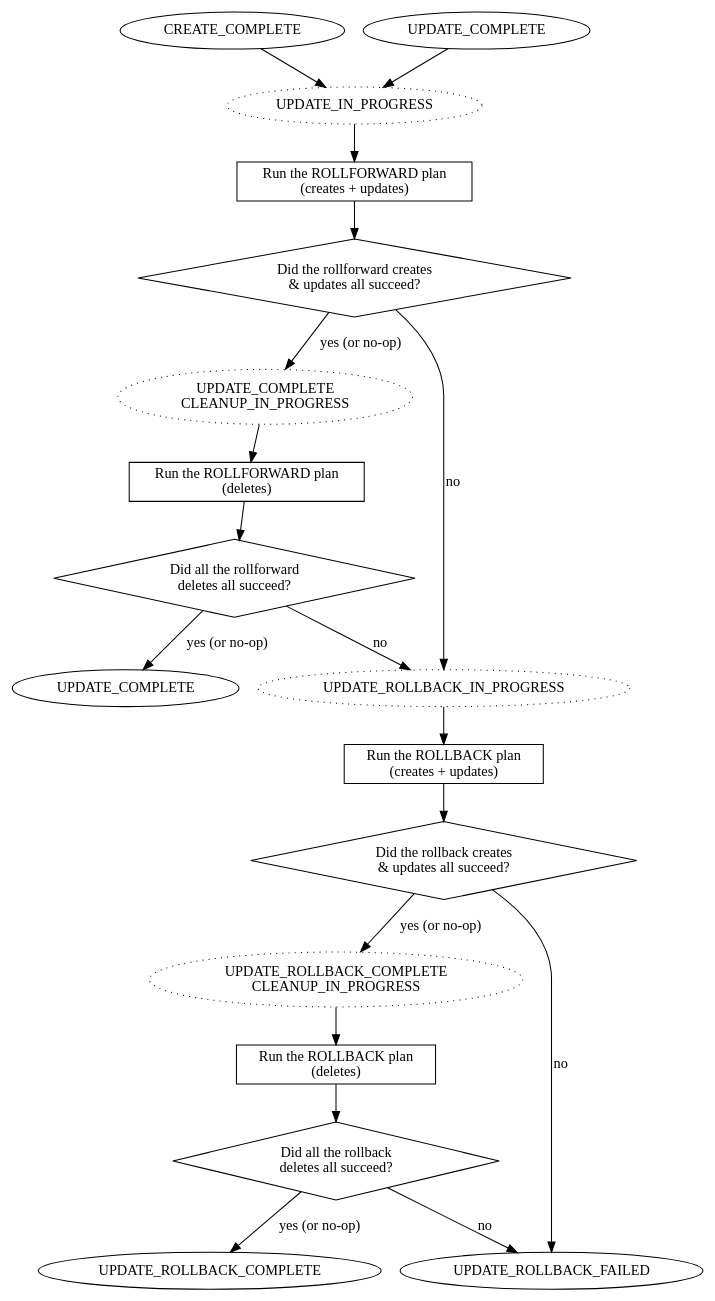
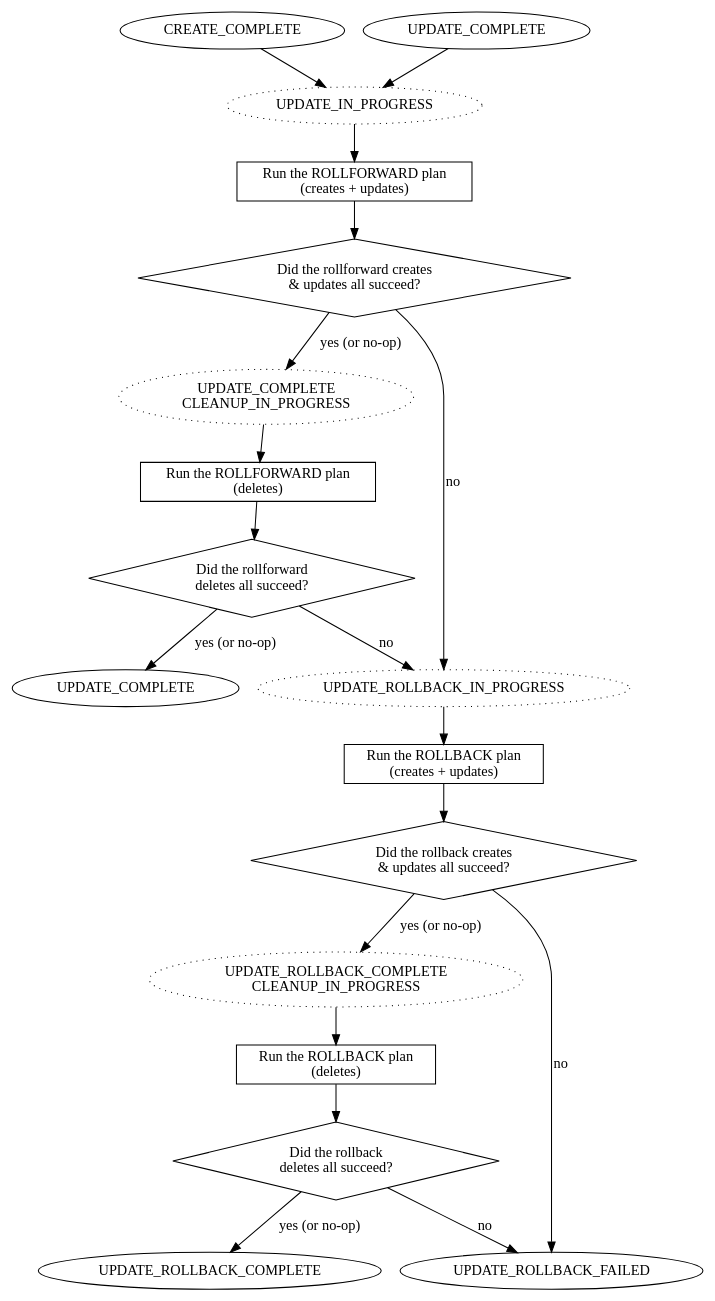
One commit to rvedotrc/aws-cloudformation-stack-states changed the diagram in update-stack.dot. Above: the diagram before and after it, drawn with Graphviz. The commit also changed 1 other file, not shown here.

```diff
--- a/update-stack.dot
+++ b/update-stack.dot
@@ -1,41 +1,41 @@
 digraph update_stack {
 
   CREATE_COMPLETE
   UPDATE_COMPLETE
   UPDATE_COMPLETE_CLEANUP_IN_PROGRESS [ style=dotted label="UPDATE_COMPLETE\nCLEANUP_IN_PROGRESS" ]
   UPDATE_IN_PROGRESS [ style=dotted ]
   UPDATE_ROLLBACK_COMPLETE
   UPDATE_ROLLBACK_COMPLETE_CLEANUP_IN_PROGRESS [ style=dotted label="UPDATE_ROLLBACK_COMPLETE\nCLEANUP_IN_PROGRESS" ]
   UPDATE_ROLLBACK_FAILED
   UPDATE_ROLLBACK_IN_PROGRESS [ style=dotted ]
 
   { CREATE_COMPLETE, UPDATE_COMPLETE } -> UPDATE_IN_PROGRESS -> try_rollforward_creates_and_updates -> check_rollforward_creates_and_updates
   try_rollforward_creates_and_updates [ shape="rect" label="Run the ROLLFORWARD plan\n(creates + updates)" ]
   check_rollforward_creates_and_updates [ label="Did the rollforward creates\n& updates all succeed?" shape="diamond" ]
   check_rollforward_creates_and_updates -> UPDATE_COMPLETE_CLEANUP_IN_PROGRESS [ label="yes (or no-op)" ]
   check_rollforward_creates_and_updates -> UPDATE_ROLLBACK_IN_PROGRESS [ label="no" ]
 
   UPDATE_COMPLETE_CLEANUP_IN_PROGRESS -> try_rollforward_cleanup -> check_rollforward_cleanup
   try_rollforward_cleanup [ shape="rect" label="Run the ROLLFORWARD plan\n(deletes)" ]
-  check_rollforward_cleanup [ shape="diamond" label="Did all the rollforward\ndeletes all succeed?" ]
+  check_rollforward_cleanup [ shape="diamond" label="Did the rollforward\ndeletes all succeed?" ]
   check_rollforward_cleanup -> UPDATE_COMPLETE_3 [ label="yes (or no-op)" ]
   check_rollforward_cleanup -> UPDATE_ROLLBACK_IN_PROGRESS [ label="no" ]
   UPDATE_COMPLETE_3 [ label="UPDATE_COMPLETE" ]
 
   UPDATE_ROLLBACK_IN_PROGRESS -> try_rollback_creates_and_updates -> check_rollback_creates_and_updates
   try_rollback_creates_and_updates [ shape="rect" label="Run the ROLLBACK plan\n(creates + updates)" ]
   check_rollback_creates_and_updates [ label="Did the rollback creates\n& updates all succeed?" shape="diamond" ]
   check_rollback_creates_and_updates -> UPDATE_ROLLBACK_COMPLETE_CLEANUP_IN_PROGRESS [ label="yes (or no-op)" ]
   check_rollback_creates_and_updates -> UPDATE_ROLLBACK_FAILED [ label="no" ]
 
   UPDATE_ROLLBACK_COMPLETE_CLEANUP_IN_PROGRESS -> try_rollback_cleanup -> check_rollback_cleanup
   try_rollback_cleanup [ shape="rect" label="Run the ROLLBACK plan\n(deletes)" ]
-  check_rollback_cleanup [ shape="diamond" label="Did all the rollback\ndeletes all succeed?" ]
+  check_rollback_cleanup [ shape="diamond" label="Did the rollback\ndeletes all succeed?" ]
   check_rollback_cleanup -> UPDATE_ROLLBACK_COMPLETE [ label="yes (or no-op)" ]
   check_rollback_cleanup -> UPDATE_ROLLBACK_FAILED [ label="no" ]
 
   // But would be useful to document: for each of those terminal states, what
   // states are the resources in?  What happens to the stack next?
 
 }
 // # vi: set sw=2 et ai :
```
